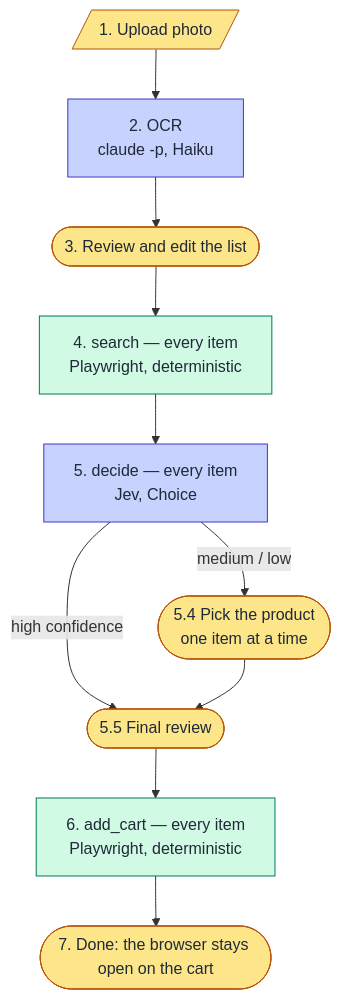
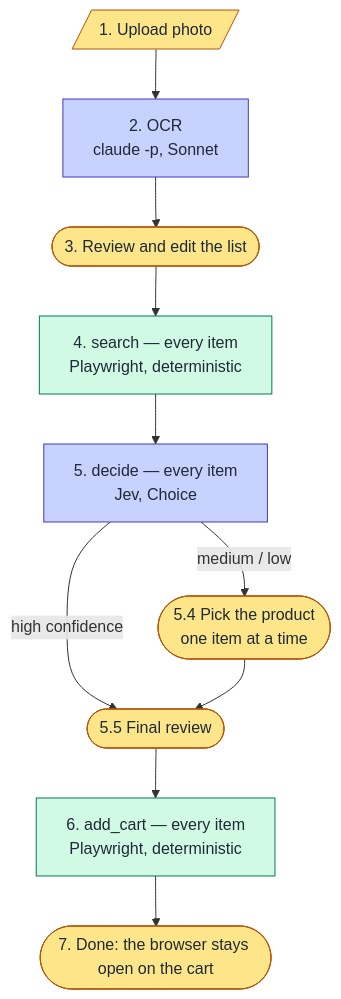
Before and after one commit to jwjosefy/shopping-minion: the diagram in docs/hld.md, drawn with Mermaid. The commit also changed other lines of this file and 4 other files, not shown here.

First line of the commit message:
feat(intake): Sonnet as the OCR model (Johann's decision)

````diff
--- a/docs/hld.md
+++ b/docs/hld.md
@@ -17,19 +17,19 @@
 ```mermaid
 flowchart TD
-    up[/"1. Upload photo"/] --> ocr["2. OCR<br/>claude -p, Haiku"]
+    up[/"1. Upload photo"/] --> ocr["2. OCR<br/>claude -p, Sonnet"]
     ocr --> rev1(["3. Review and edit the list"])
     rev1 --> search["4. search — every item<br/>Playwright, deterministic"]
     search --> decide["5. decide — every item<br/>Jev, Choice"]
     decide -- high confidence --> rev2
     decide -- medium / low --> pick(["5.4 Pick the product<br/>one item at a time"])
     pick --> rev2(["5.5 Final review"])
     rev2 --> add["6. add_cart — every item<br/>Playwright, deterministic"]
     add --> done(["7. Done: the browser stays open on the cart"])
 
     classDef human fill:#fde68a,stroke:#b45309,color:#1f2937
     classDef model fill:#c7d2fe,stroke:#4338ca,color:#1f2937
     classDef code fill:#d1fae5,stroke:#047857,color:#1f2937
     class up,rev1,pick,rev2,done human
     class ocr,decide model
     class search,add code
 ```
````
